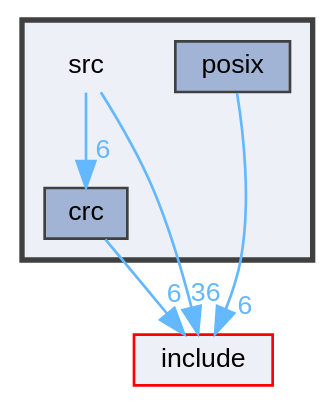
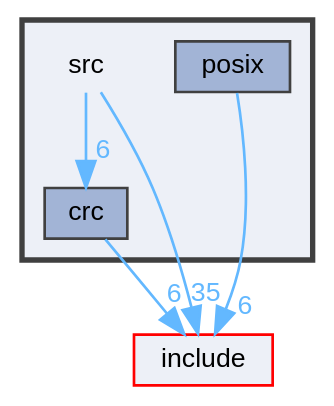
One commit to robinonsay/libjuno changed the diagram in dir_68267d1309a1af8e8297ef4c3efbcdba_dep.dot. Above: the diagram before and after it, drawn with Graphviz. The commit also changed 105 other files, not shown here.

```diff
--- a/dir_68267d1309a1af8e8297ef4c3efbcdba_dep.dot
+++ b/dir_68267d1309a1af8e8297ef4c3efbcdba_dep.dot
@@ -1,19 +1,19 @@
 digraph "/home/runner/work/libjuno/libjuno/src"
 {
  // LATEX_PDF_SIZE
   bgcolor="transparent";
   edge [fontname=Helvetica,fontsize=10,labelfontname=Helvetica,labelfontsize=10];
   node [fontname=Helvetica,fontsize=10,shape=box,height=0.2,width=0.4];
   compound=true
   subgraph clusterdir_68267d1309a1af8e8297ef4c3efbcdba {
     graph [ bgcolor="#edf0f7", pencolor="grey25", label="", fontname=Helvetica,fontsize=10 style="filled,bold", URL="dir_68267d1309a1af8e8297ef4c3efbcdba.html",tooltip=""]
     dir_68267d1309a1af8e8297ef4c3efbcdba [shape=plaintext, label="src"];
   dir_aaf0231a54e81f715efc83e4edb207e4 [label="crc", fillcolor="#a2b4d6", color="grey25", style="filled", URL="dir_aaf0231a54e81f715efc83e4edb207e4.html",tooltip=""];
   dir_6887e9b46a560cfc03709f52ff768643 [label="posix", fillcolor="#a2b4d6", color="grey25", style="filled", URL="dir_6887e9b46a560cfc03709f52ff768643.html",tooltip=""];
   }
   dir_d44c64559bbebec7f509842c48db8b23 [label="include", fillcolor="#edf0f7", color="red", style="filled", URL="dir_d44c64559bbebec7f509842c48db8b23.html",tooltip=""];
   dir_68267d1309a1af8e8297ef4c3efbcdba->dir_aaf0231a54e81f715efc83e4edb207e4 [headlabel="6", labeldistance=1.5 headhref="dir_000008_000001.html" href="dir_000008_000001.html" color="steelblue1" fontcolor="steelblue1"];
-  dir_68267d1309a1af8e8297ef4c3efbcdba->dir_d44c64559bbebec7f509842c48db8b23 [headlabel="36", labeldistance=1.5 headhref="dir_000008_000003.html" href="dir_000008_000003.html" color="steelblue1" fontcolor="steelblue1"];
+  dir_68267d1309a1af8e8297ef4c3efbcdba->dir_d44c64559bbebec7f509842c48db8b23 [headlabel="35", labeldistance=1.5 headhref="dir_000008_000003.html" href="dir_000008_000003.html" color="steelblue1" fontcolor="steelblue1"];
   dir_aaf0231a54e81f715efc83e4edb207e4->dir_d44c64559bbebec7f509842c48db8b23 [headlabel="6", labeldistance=1.5 headhref="dir_000001_000003.html" href="dir_000001_000003.html" color="steelblue1" fontcolor="steelblue1"];
   dir_6887e9b46a560cfc03709f52ff768643->dir_d44c64559bbebec7f509842c48db8b23 [headlabel="6", labeldistance=1.5 headhref="dir_000007_000003.html" href="dir_000007_000003.html" color="steelblue1" fontcolor="steelblue1"];
 }
```
